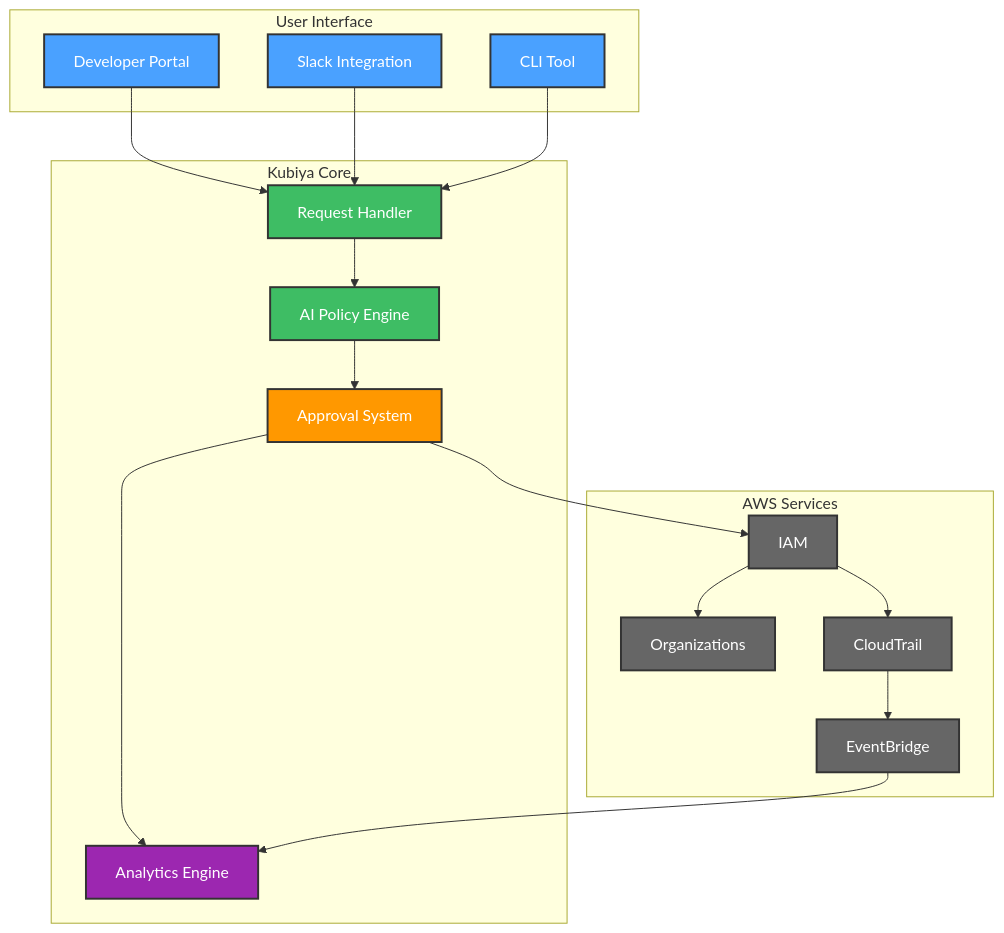
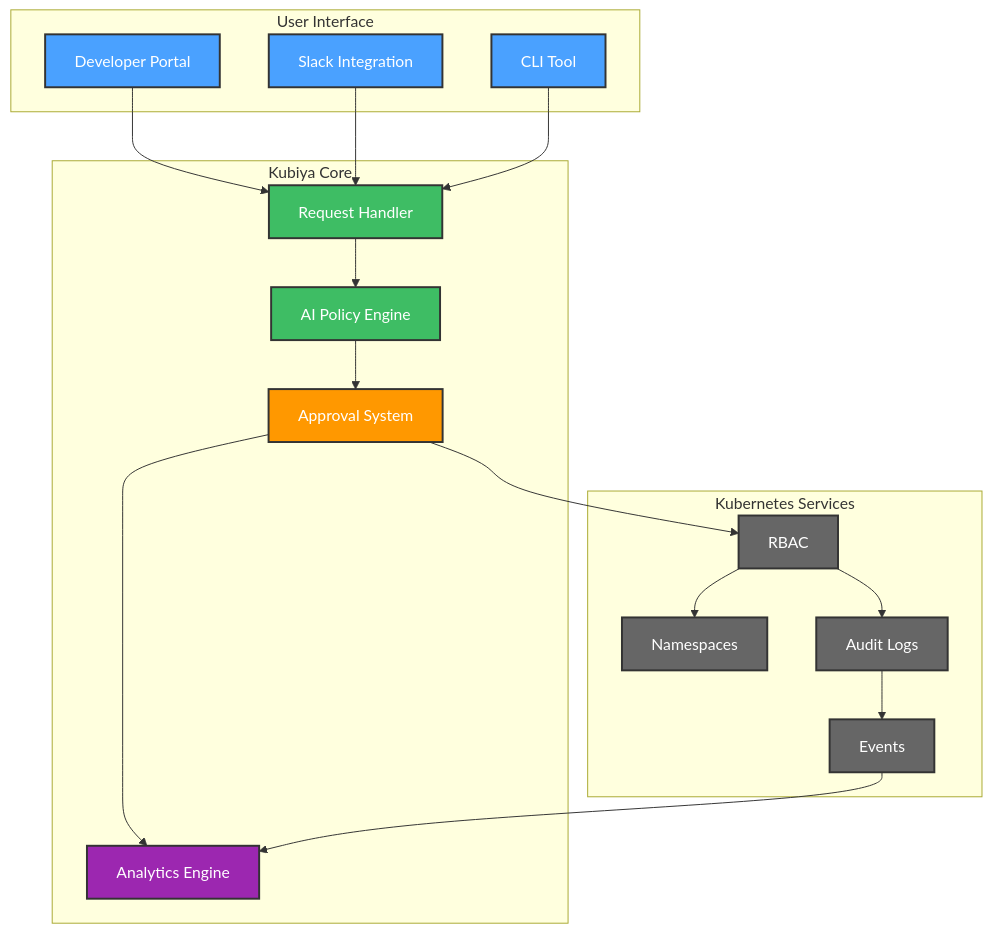
Before and after one commit to kubiyabot/terraform-modules: the first of 5 diagrams in kubernetes-jit/terraform/README.md, drawn with Mermaid. The commit also changed other lines of this file, not shown here.

````diff
--- a/kubernetes-jit/terraform/README.md
+++ b/kubernetes-jit/terraform/README.md
@@ -38,44 +42,44 @@
 ```mermaid
 graph TB
     subgraph "User Interface"
         A[Developer Portal]
         B[Slack Integration]
         C[CLI Tool]
     end
 
     subgraph "Kubiya Core"
         D[Request Handler]
         E[AI Policy Engine]
         F[Approval System]
         G[Analytics Engine]
     end
 
-    subgraph "AWS Services"
-        H[IAM]
-        I[Organizations]
-        J[CloudTrail]
-        K[EventBridge]
+    subgraph "Kubernetes Services"
+        H[RBAC]
+        I[Namespaces]
+        J[Audit Logs]
+        K[Events]
     end
 
     A & B & C --> D
     D --> E
     E --> F
     F --> G
     F --> H
     H --> I
     H --> J
     J --> K
     K --> G
 
     style A fill:#4aa1ff,stroke:#333,stroke-width:2px,color:#fff
     style B fill:#4aa1ff,stroke:#333,stroke-width:2px,color:#fff
     style C fill:#4aa1ff,stroke:#333,stroke-width:2px,color:#fff
     style D fill:#3ebd64,stroke:#333,stroke-width:2px,color:#fff
     style E fill:#3ebd64,stroke:#333,stroke-width:2px,color:#fff
     style F fill:#ff9800,stroke:#333,stroke-width:2px,color:#fff
     style G fill:#9c27b0,stroke:#333,stroke-width:2px,color:#fff
     style H fill:#666666,stroke:#333,stroke-width:2px,color:#fff
     style I fill:#666666,stroke:#333,stroke-width:2px,color:#fff
     style J fill:#666666,stroke:#333,stroke-width:2px,color:#fff
     style K fill:#666666,stroke:#333,stroke-width:2px,color:#fff
 ```
````
